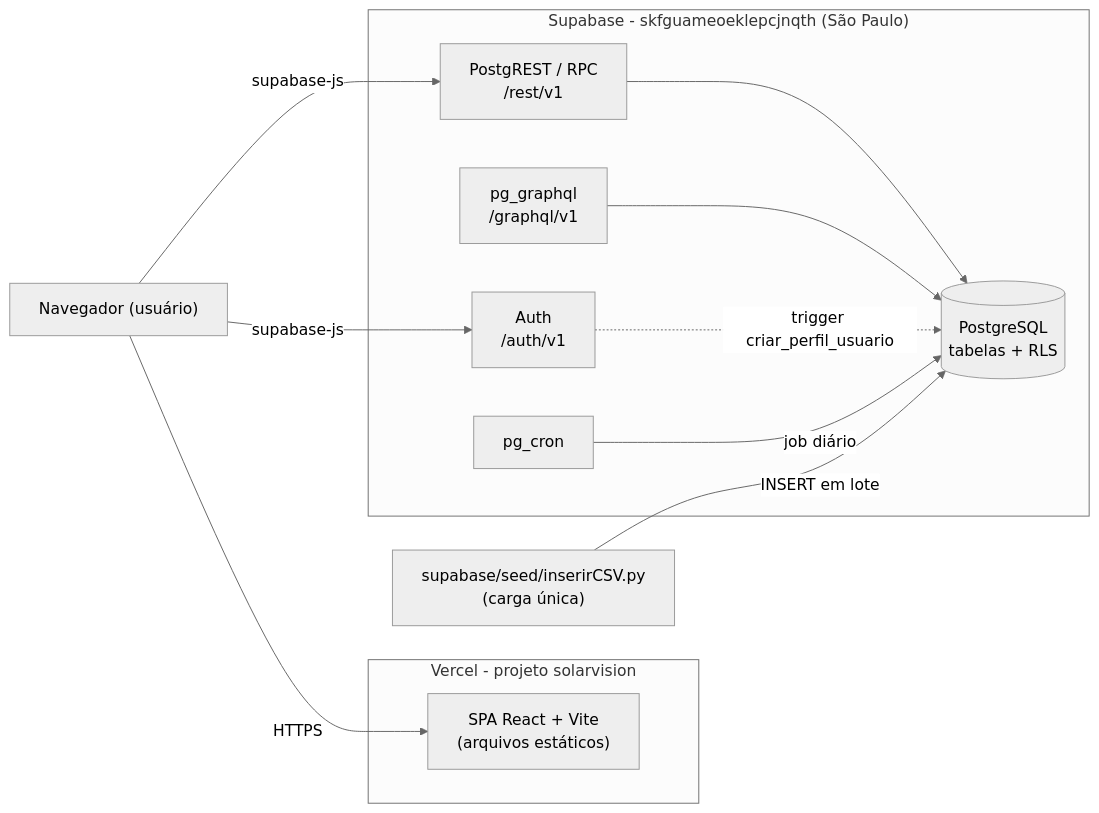
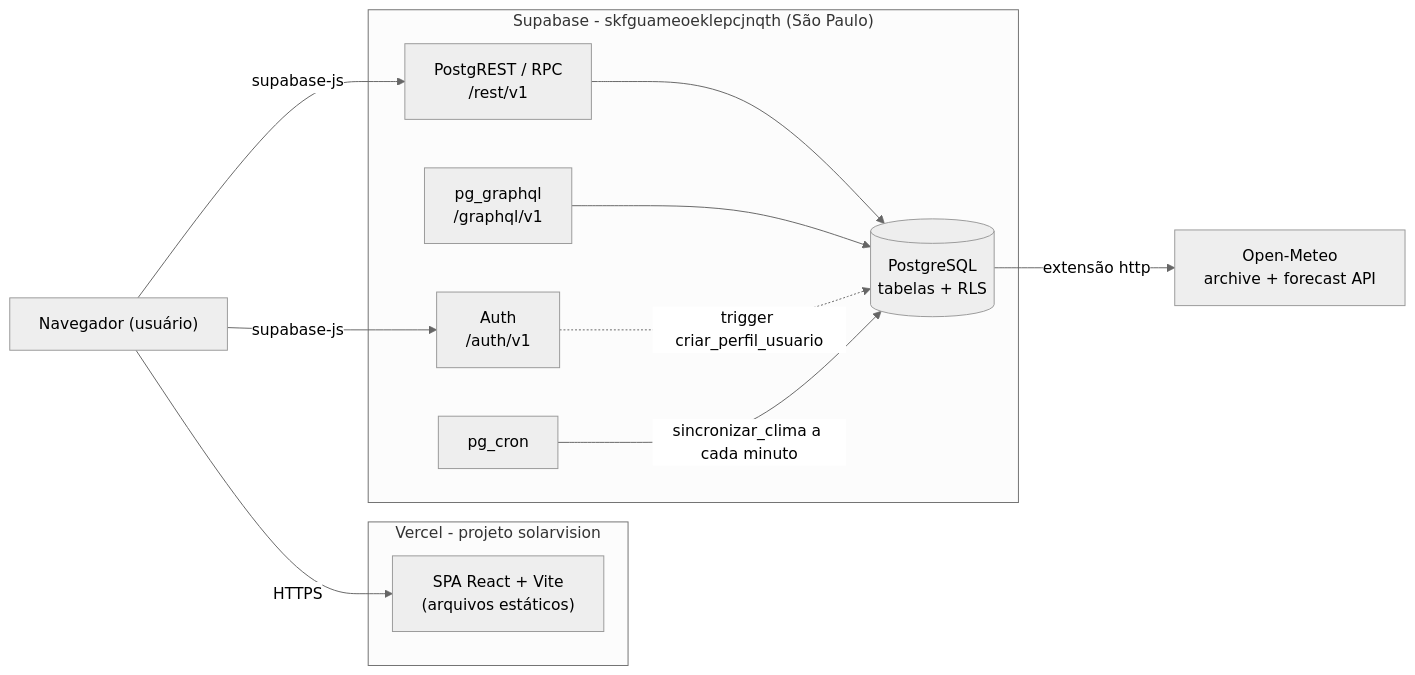
The first of 4 diagrams in docs/ARQUITETURA.md (danieltanjos/SolarVision), drawn with Mermaid (neutral theme) before and after one commit. The commit also changed other lines of this file and 6 other files, not shown here.

Commit message:
docs: geração estimada pelo clima (Open-Meteo) e remoção dos dados mocados

````diff
--- a/docs/ARQUITETURA.md
+++ b/docs/ARQUITETURA.md
@@ -15,27 +15,27 @@
 ```mermaid
 flowchart LR
     browser["Navegador (usuário)"]
 
     subgraph vercel["Vercel - projeto solarvision"]
         spa["SPA React + Vite<br/>(arquivos estáticos)"]
     end
 
     subgraph supa["Supabase - skfguameoeklepcjnqth (São Paulo)"]
         auth["Auth<br/>/auth/v1"]
         rest["PostgREST / RPC<br/>/rest/v1"]
         gql["pg_graphql<br/>/graphql/v1"]
         db[("PostgreSQL<br/>tabelas + RLS")]
         cron["pg_cron"]
     end
 
-    seeder["supabase/seed/inserirCSV.py<br/>(carga única)"]
+    meteo["Open-Meteo<br/>archive + forecast API"]
 
     browser -->|HTTPS| spa
     browser -->|supabase-js| auth
     browser -->|supabase-js| rest
     rest --> db
     gql --> db
     auth -.->|trigger criar_perfil_usuario| db
-    cron -->|job diário| db
-    seeder -->|INSERT em lote| db
+    cron -->|sincronizar_clima a cada minuto| db
+    db -->|extensão http| meteo
 ```
````
